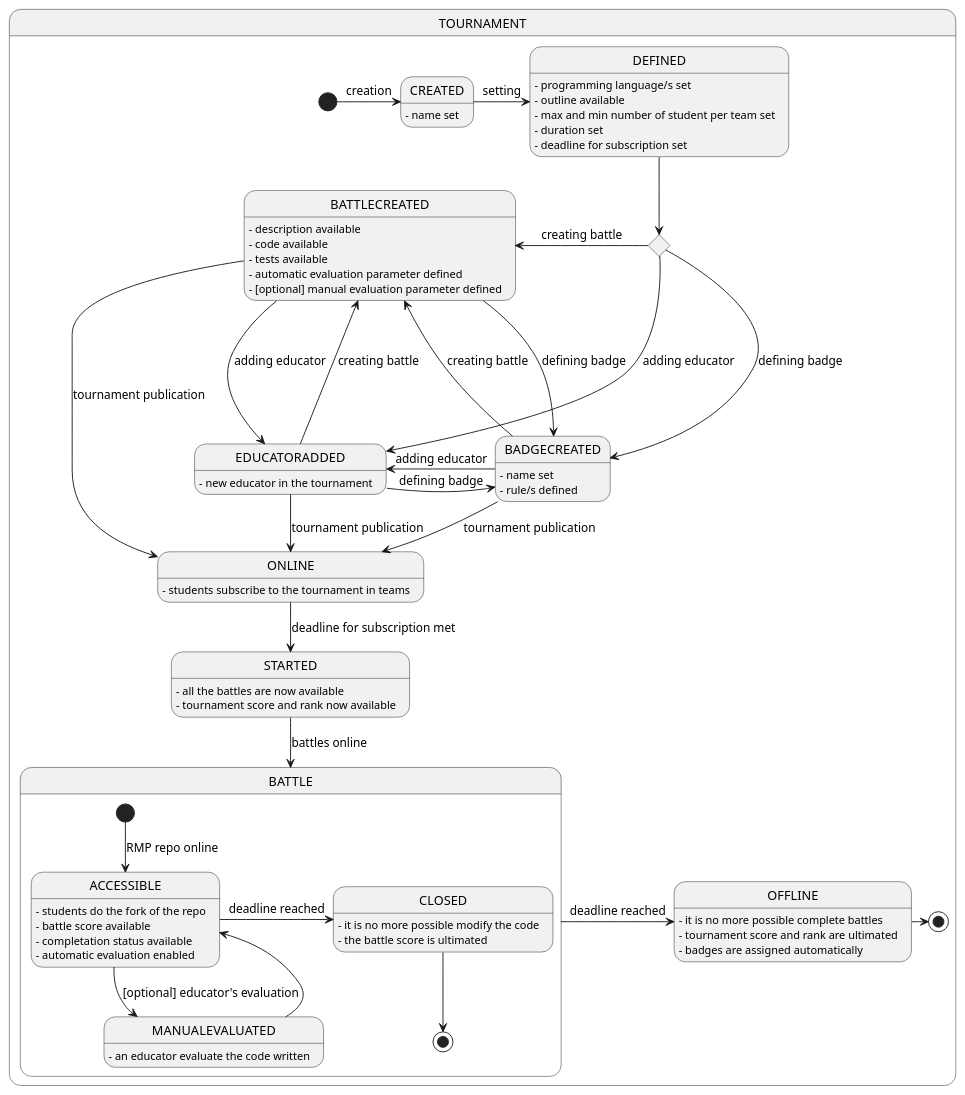
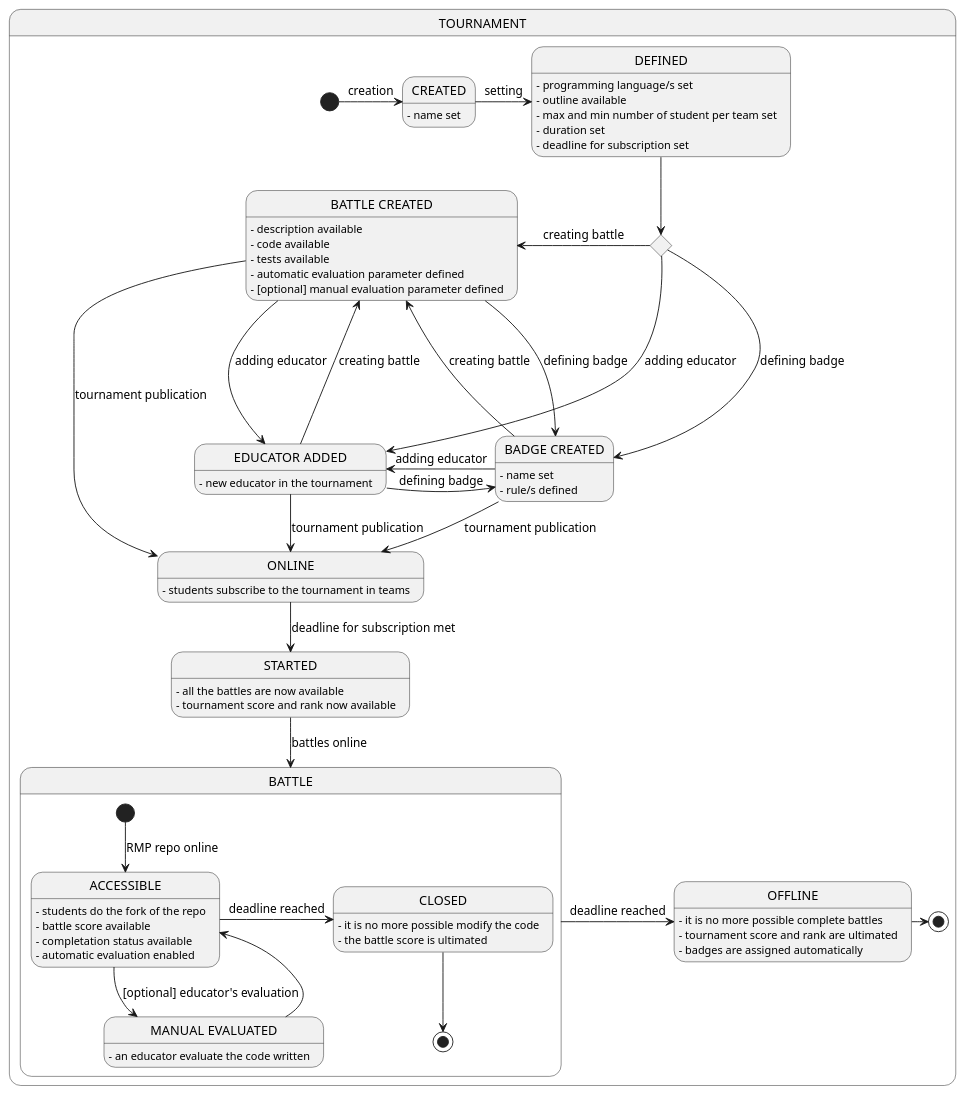
Before and after one commit to Angelo7672/SE2_Requirement-and-Design-Document: the diagram in _RASD/Images/UML/stateDiagram/stateDiagram.wsd, drawn with PlantUML. The commit also changed 5 other files, not shown here.

```diff
--- a/_RASD/Images/UML/stateDiagram/stateDiagram.wsd
+++ b/_RASD/Images/UML/stateDiagram/stateDiagram.wsd
@@ -1,87 +1,93 @@
 @startuml
 
 state TOURNAMENT{
+    state "EDUCATOR ADDED" as EDUCATORADDED
+    state "BATTLE CREATED" as BATTLECREATED
+    state "BADGE CREATED" as BADGECREATED
+
     [*] -right-> CREATED: creation
 
     CREATED: - name set
 
     CREATED -right-> DEFINED: setting
 
     DEFINED: - programming language/s set
     DEFINED: - outline available
     DEFINED: - max and min number of student per team set
     DEFINED: - duration set
     DEFINED: - deadline for subscription set
 
     state c <<choice>>
 
     DEFINED -down-> c
 
     c -down---> EDUCATORADDED: adding educator
 
     EDUCATORADDED: - new educator in the tournament
 
     c -left-> BATTLECREATED: creating battle
 
     BATTLECREATED: - description available
     BATTLECREATED: - code available
     BATTLECREATED: - tests available
     BATTLECREATED: - automatic evaluation parameter defined
     BATTLECREATED: - [optional] manual evaluation parameter defined
 
     c -right-> BADGECREATED: defining badge
 
     BADGECREATED: - name set
     BADGECREATED: - rule/s defined
 
     EDUCATORADDED -left-> BATTLECREATED: creating battle
     BATTLECREATED -right-> EDUCATORADDED: adding educator
     EDUCATORADDED -right-> BADGECREATED: defining badge
     BADGECREATED -left-> EDUCATORADDED: adding educator
     BATTLECREATED -right-> BADGECREATED: defining badge
     BADGECREATED -left-> BATTLECREATED: creating battle
 
     EDUCATORADDED -down-> ONLINE: tournament publication
     BATTLECREATED -down-> ONLINE: tournament publication
     BADGECREATED -down-> ONLINE: tournament publication
 
     ONLINE: - students subscribe to the tournament in teams
 
     ONLINE --> STARTED: deadline for subscription met
 
     STARTED: - all the battles are now available
     STARTED: - tournament score and rank now available
 
     STARTED --> BATTLE: battles online
 
     state BATTLE{
+        state "MANUAL EVALUATED" as MANUALEVALUATED
+
         [*] --> ACCESSIBLE: RMP repo online
 
         ACCESSIBLE: - students do the fork of the repo
         ACCESSIBLE: - battle score available
         ACCESSIBLE: - completation status available
         ACCESSIBLE: - automatic evaluation enabled
 
         ACCESSIBLE --> MANUALEVALUATED: [optional] educator's evaluation
 
         MANUALEVALUATED: - an educator evaluate the code written
 
         MANUALEVALUATED --> ACCESSIBLE
         ACCESSIBLE -right-> CLOSED: deadline reached
 
         CLOSED: - it is no more possible modify the code
         CLOSED: - the battle score is ultimated
 
         CLOSED --> [*]
     }
 
     BATTLE -right-> OFFLINE: deadline reached
 
     OFFLINE: - it is no more possible complete battles
     OFFLINE: - tournament score and rank are ultimated
     OFFLINE: - badges are assigned automatically
 
     OFFLINE -right-> [*]
 }
 
 @enduml
```
